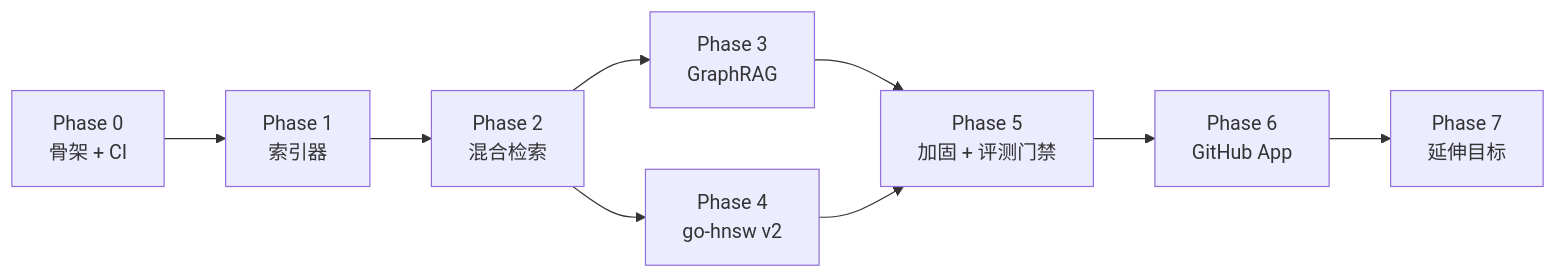
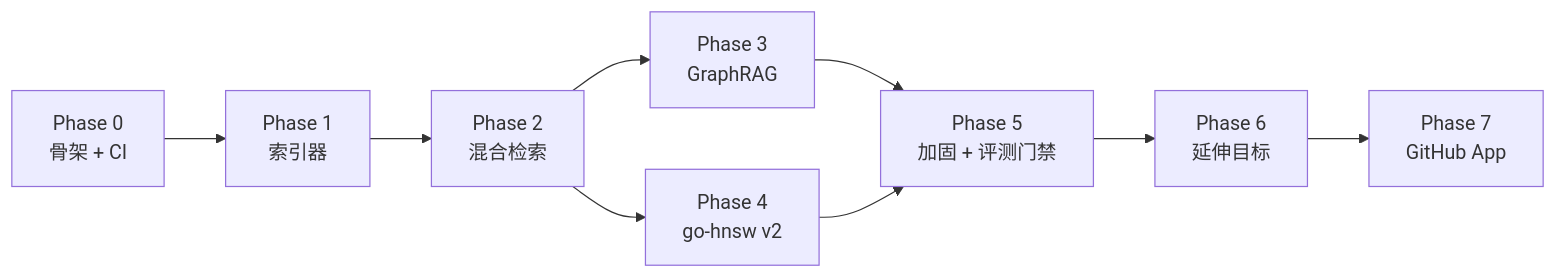
One commit to AndyUneducated/repo-sage changed the first of 2 diagrams in docs/ROADMAP.md. Above: the diagram before and after it, drawn with Mermaid. The commit also changed other lines of this file and 16 other files, not shown here.

````diff
--- a/docs/ROADMAP.md
+++ b/docs/ROADMAP.md
@@ -20,11 +20,11 @@
 ```mermaid
 flowchart LR
   P0["Phase 0<br/>骨架 + CI"] --> P1["Phase 1<br/>索引器"]
   P1 --> P2["Phase 2<br/>混合检索"]
   P2 --> P3["Phase 3<br/>GraphRAG"]
   P2 --> P4["Phase 4<br/>go-hnsw v2"]
   P3 --> P5["Phase 5<br/>加固 + 评测门禁"]
   P4 --> P5
-  P5 --> P6["Phase 6<br/>GitHub App"]
-  P6 --> P7["Phase 7<br/>延伸目标"]
+  P5 --> P6["Phase 6<br/>延伸目标"]
+  P6 --> P7["Phase 7<br/>GitHub App"]
 ```
````
